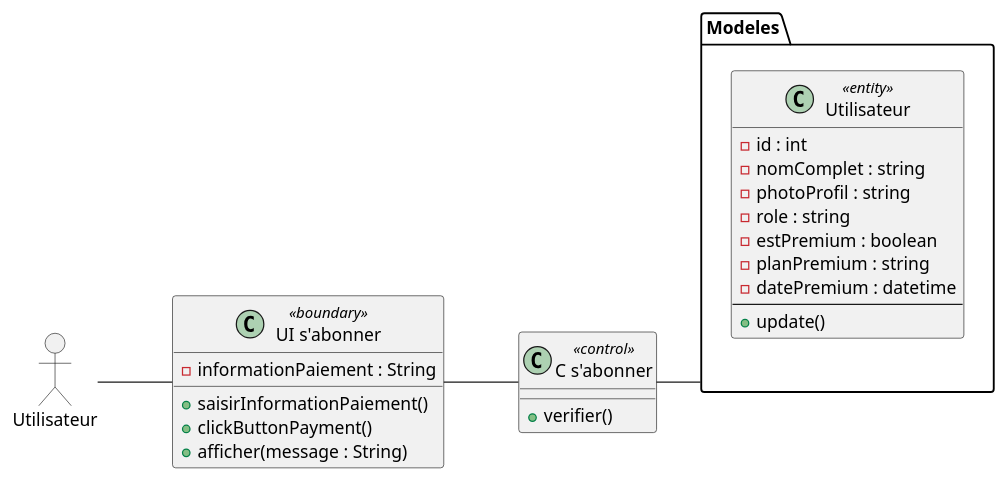
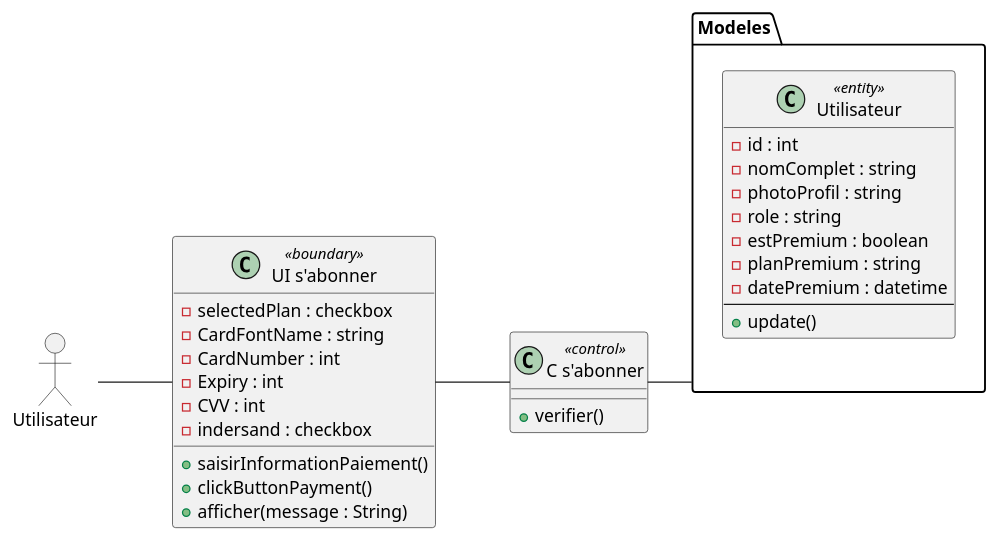
Before and after one commit to benslimenmohamedaziz3-bot/diagrammes: the diagram in Desktop/rapport/classe/sabonner.puml, drawn with PlantUML. The commit also changed 17 other files, not shown here.

```diff
--- a/Desktop/rapport/classe/sabonner.puml
+++ b/Desktop/rapport/classe/sabonner.puml
@@ -1,35 +1,40 @@
 @startuml
 allowmixing
 left to right direction
 
 actor "Utilisateur" as Utilisateur
 
 class "UI s'abonner" as UIAbonner <<boundary>> {
-  - informationPaiement : String
+  - selectedPlan : checkbox
+  -CardFontName : string
+  -CardNumber : int
+  -Expiry : int
+  -CVV : int 
+  - indersand : checkbox
   + saisirInformationPaiement()
   + clickButtonPayment()
   + afficher(message : String)
 }
 
 class "C s'abonner" as CAbonner <<control>> {
   + verifier()
 }
 package "Modeles" {
 class "Utilisateur" as UtilisateurModel <<entity>> {
   -id : int
   -nomComplet : string
   -photoProfil : string
   -role : string
   -estPremium : boolean
   -planPremium : string
   -datePremium : datetime
   --
   + update()
 }
 }
 Utilisateur -- UIAbonner
 UIAbonner -- CAbonner
 CAbonner -- Modeles
 
 
 @enduml
```
